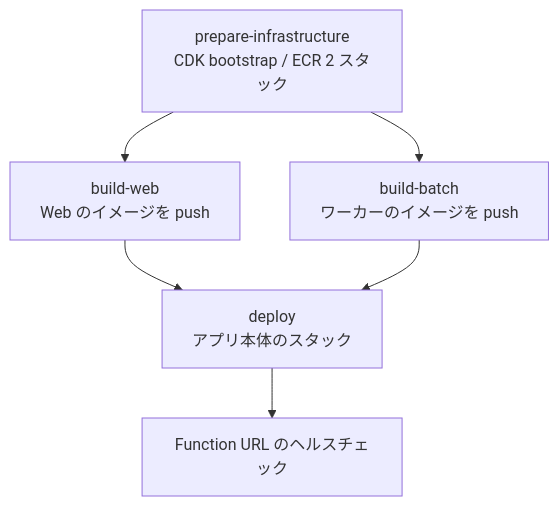
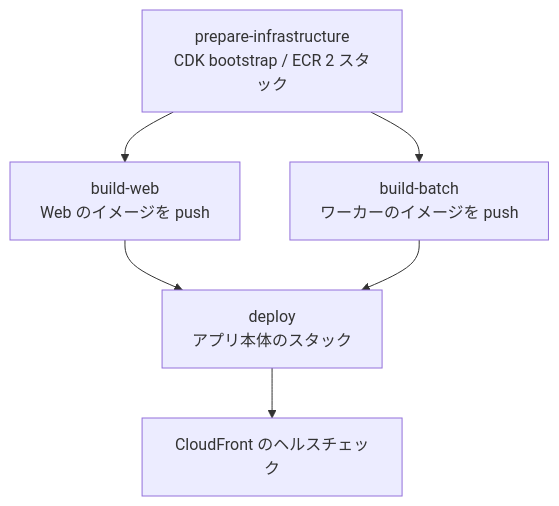
The diagram in docs/services/codec-converter/specs/deploy.md (nagiyu/nagiyu-platform), drawn with Mermaid before and after one commit. The commit also changed other lines of this file and 21 other files, not shown here.

First line of the commit message:
Function URL の OAC 配信とヘルスチェック先の変更に docs を追従させる

````diff
--- a/docs/services/codec-converter/specs/deploy.md
+++ b/docs/services/codec-converter/specs/deploy.md
@@ -45,8 +45,8 @@
 ```mermaid
 flowchart TD
     A[prepare-infrastructure<br/>CDK bootstrap / ECR 2 スタック] --> B[build-web<br/>Web のイメージを push]
     A --> C[build-batch<br/>ワーカーのイメージを push]
     B --> D[deploy<br/>アプリ本体のスタック]
     C --> D
-    D --> E[Function URL のヘルスチェック]
+    D --> E[CloudFront のヘルスチェック]
 ```
````
